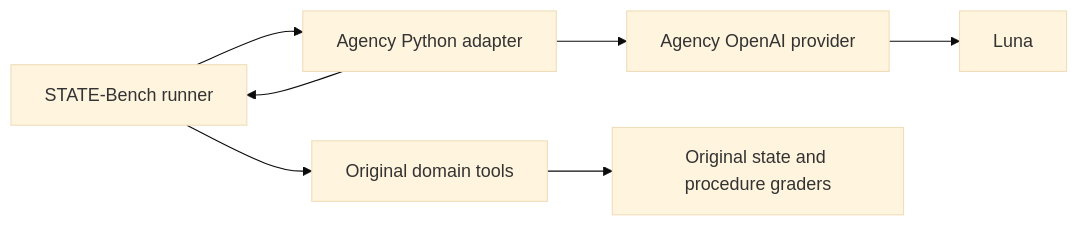
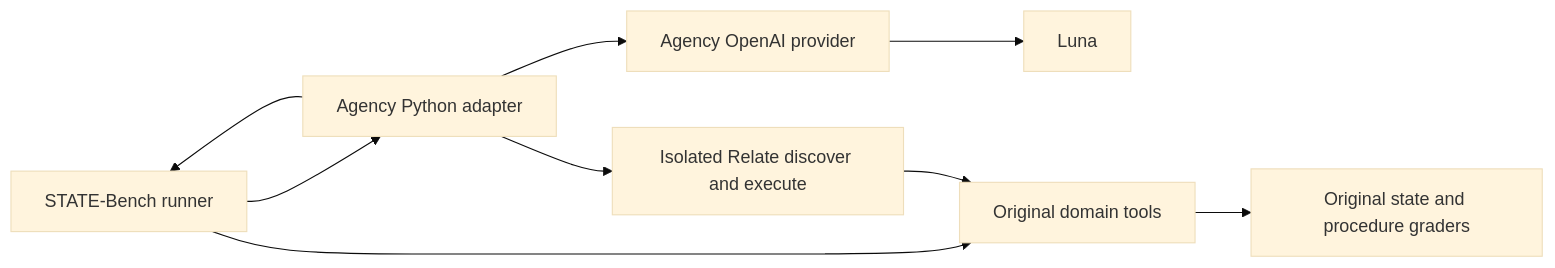
The diagram in benchmarks/media-agency/src/external/state-bench/README.md (relatehq/relate), drawn with Mermaid (base theme) before and after one commit. The commit also changed other lines of this file and 4 other files, not shown here.

Commit message:
feat(benchmarks): add isolated Relate action arm for STATE-Bench

````diff
--- a/benchmarks/media-agency/src/external/state-bench/README.md
+++ b/benchmarks/media-agency/src/external/state-bench/README.md
@@ -36,9 +53,11 @@
 ```mermaid
 flowchart LR
   Harness[STATE-Bench runner] --> Agent[Agency Python adapter]
   Agent --> Provider[Agency OpenAI provider]
   Provider --> Luna[Luna]
   Agent --> Harness
   Harness --> Tools[Original domain tools]
+  Agent --> Executor[Isolated Relate discover and execute]
+  Executor --> Tools
   Tools --> Grade[Original state and procedure graders]
 ```
````
